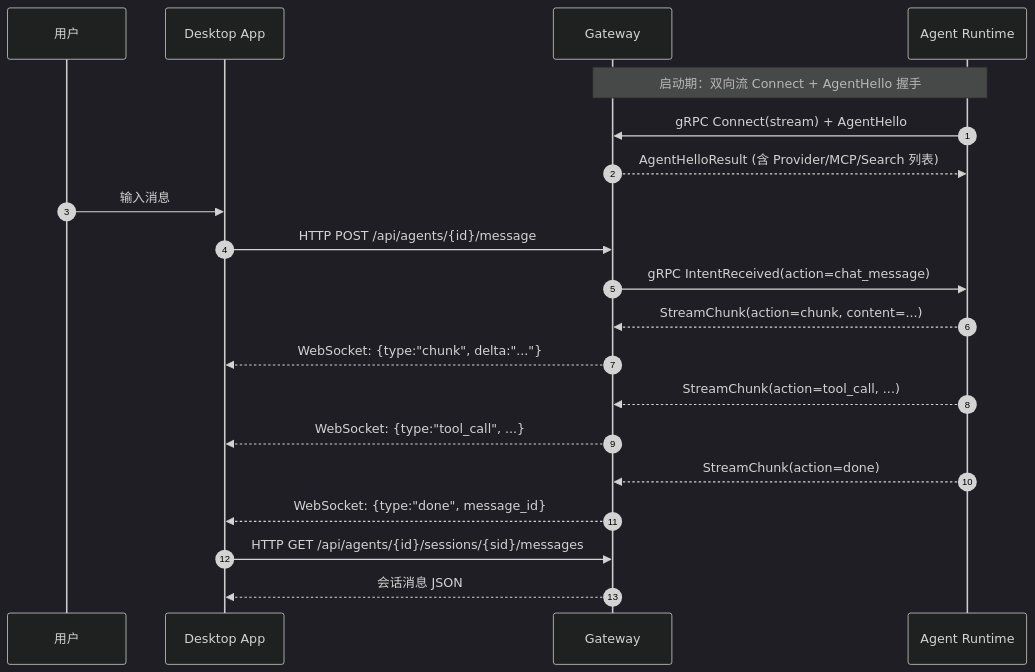
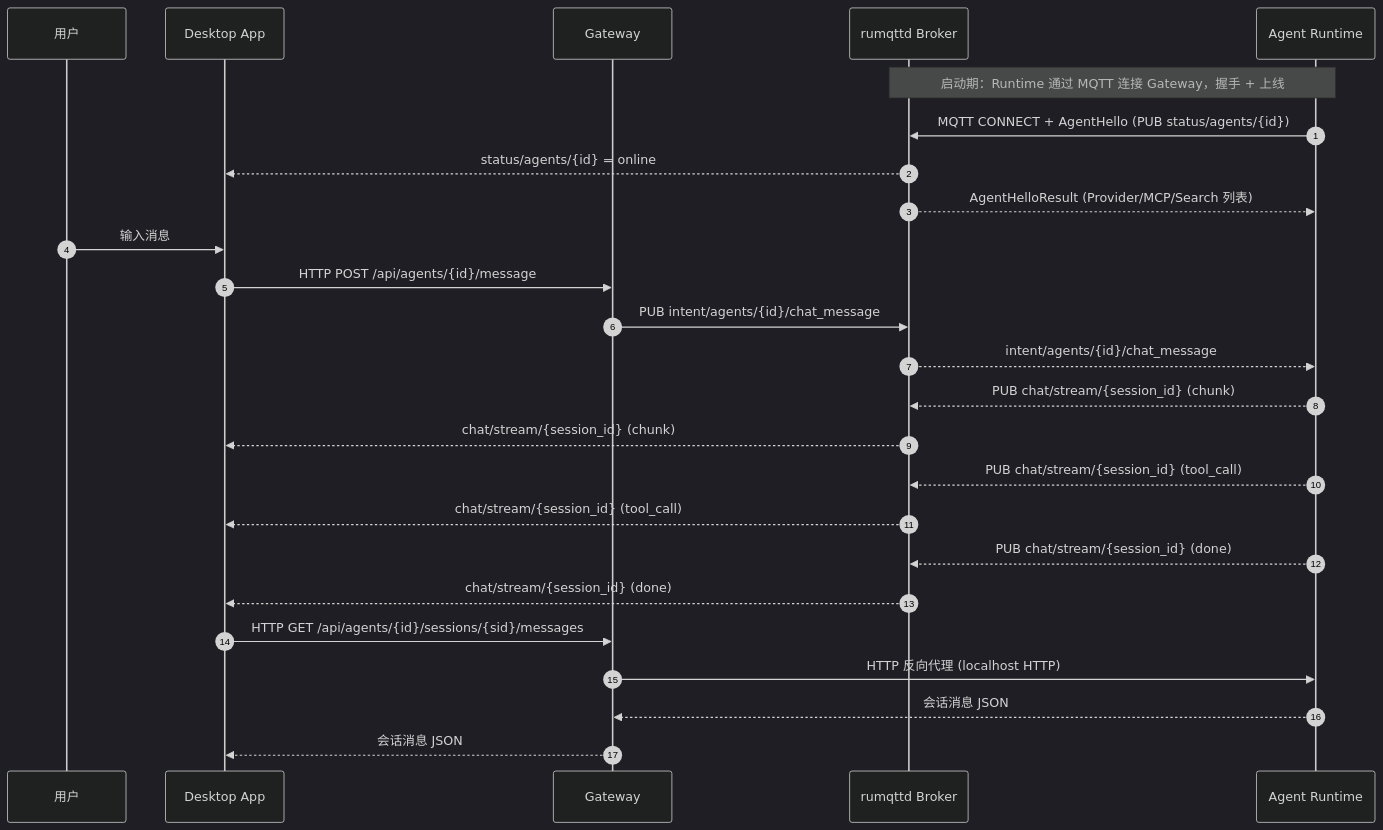
Before and after one commit to tranxon/ACowork: the second of 2 diagrams in docs/zh/protocols/README.md, drawn with Mermaid (dark theme). The commit also changed other lines of this file and 4 other files, not shown here.

````diff
--- a/docs/zh/protocols/README.md
+++ b/docs/zh/protocols/README.md
@@ -82,25 +79,31 @@
 ```mermaid
 sequenceDiagram
     autonumber
     participant U as 用户
     participant DA as Desktop App
     participant G as Gateway
+    participant B as rumqttd Broker
     participant RT as Agent Runtime
 
-    Note over G,RT: 启动期：双向流 Connect + AgentHello 握手
-    RT->>G: gRPC Connect(stream) + AgentHello
-    G-->>RT: AgentHelloResult (含 Provider/MCP/Search 列表)
+    Note over RT,B: 启动期：Runtime 通过 MQTT 连接 Gateway，握手 + 上线
+    RT->>B: MQTT CONNECT + AgentHello (PUB status/agents/{id})
+    B-->>DA: status/agents/{id} = online
+    B-->>RT: AgentHelloResult (Provider/MCP/Search 列表)
 
     U->>DA: 输入消息
     DA->>G: HTTP POST /api/agents/{id}/message
-    G->>RT: gRPC IntentReceived(action=chat_message)
+    G->>B: PUB intent/agents/{id}/chat_message
+    B-->>RT: intent/agents/{id}/chat_message
 
-    RT-->>G: StreamChunk(action=chunk, content=...)
-    G-->>DA: WebSocket: {type:"chunk", delta:"..."}
-    RT-->>G: StreamChunk(action=tool_call, ...)
-    G-->>DA: WebSocket: {type:"tool_call", ...}
-    RT-->>G: StreamChunk(action=done)
-    G-->>DA: WebSocket: {type:"done", message_id}
+    RT-->>B: PUB chat/stream/{session_id} (chunk)
+    B-->>DA: chat/stream/{session_id} (chunk)
+    RT-->>B: PUB chat/stream/{session_id} (tool_call)
+    B-->>DA: chat/stream/{session_id} (tool_call)
+    RT-->>B: PUB chat/stream/{session_id} (done)
+    B-->>DA: chat/stream/{session_id} (done)
+
     DA->>G: HTTP GET /api/agents/{id}/sessions/{sid}/messages
+    G->>RT: HTTP 反向代理 (localhost HTTP)
+    RT-->>G: 会话消息 JSON
     G-->>DA: 会话消息 JSON
 ```
````
